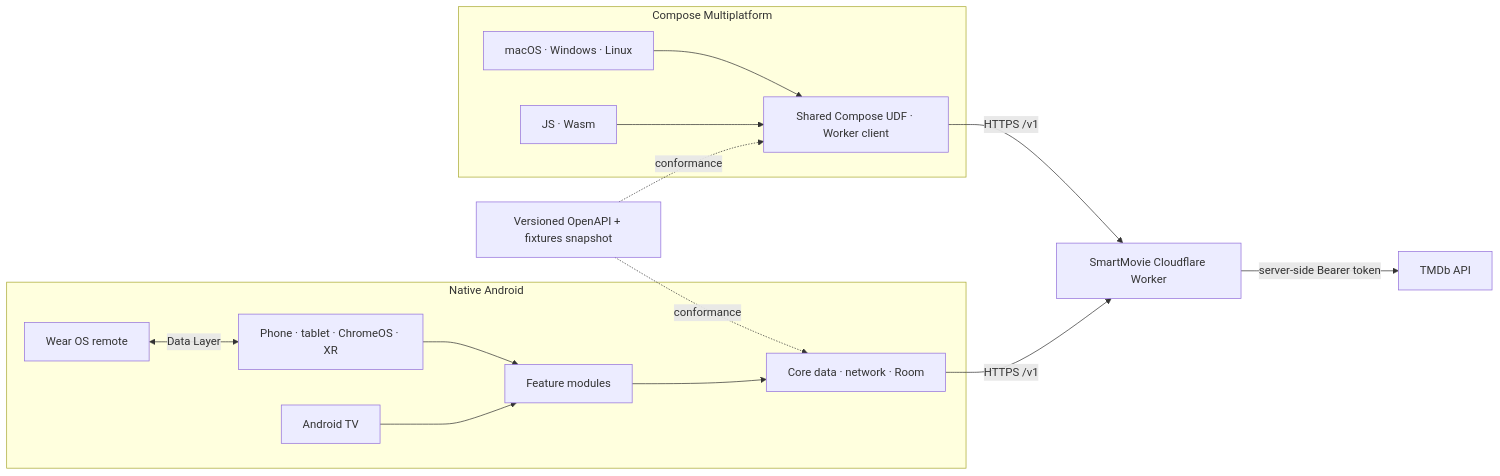
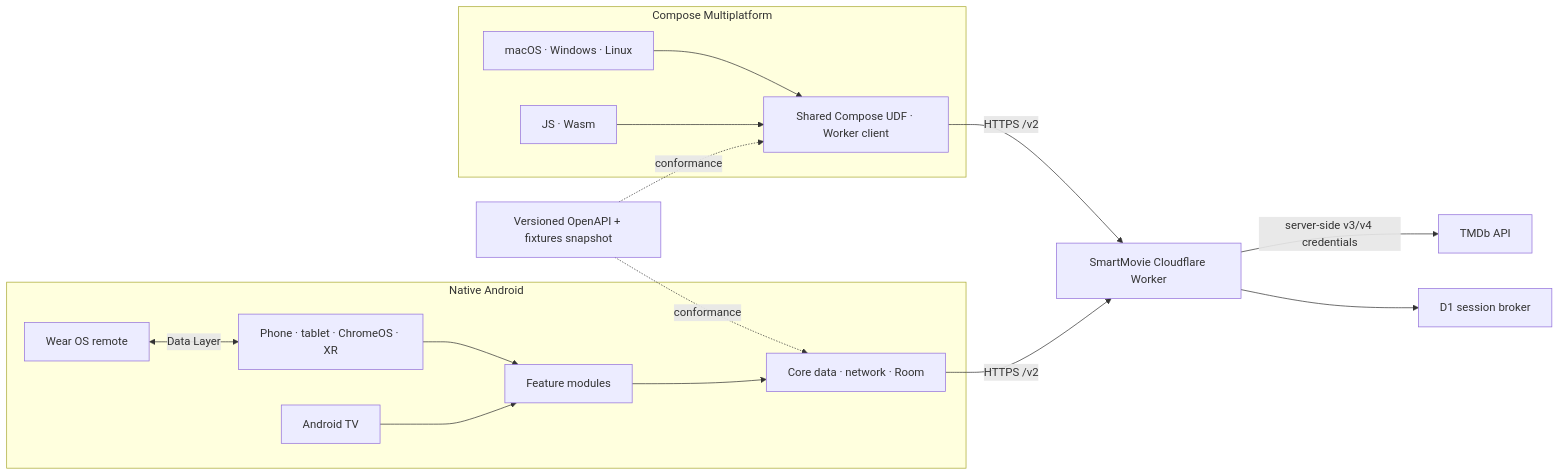
Before and after one commit to LamPPKK/Smart-Movie-Android: the diagram in README.md, drawn with Mermaid. The commit also changed other lines of this file and 5 other files, not shown here.

````diff
--- a/README.md
+++ b/README.md
@@ -100,28 +102,29 @@
 ```mermaid
 flowchart LR
     subgraph Native["Native Android"]
         Phone["Phone · tablet · ChromeOS · XR"]
         TV["Android TV"]
         Wear["Wear OS remote"]
         Features["Feature modules"]
         Core["Core data · network · Room"]
         Phone --> Features
         TV --> Features
         Features --> Core
         Wear <-->|"Data Layer"| Phone
     end
 
     subgraph KMP["Compose Multiplatform"]
         Desktop["macOS · Windows · Linux"]
         Web["JS · Wasm"]
         Shared["Shared Compose UDF · Worker client"]
         Desktop --> Shared
         Web --> Shared
     end
 
-    Core -->|"HTTPS /v1"| Worker["SmartMovie Cloudflare Worker"]
-    Shared -->|"HTTPS /v1"| Worker
-    Worker -->|"server-side Bearer token"| TMDb["TMDb API"]
+    Core -->|"HTTPS /v2"| Worker["SmartMovie Cloudflare Worker"]
+    Shared -->|"HTTPS /v2"| Worker
+    Worker -->|"server-side v3/v4 credentials"| TMDb["TMDb API"]
+    Worker --> Sessions["D1 session broker"]
     Snapshot["Versioned OpenAPI + fixtures snapshot"] -. conformance .-> Core
     Snapshot -. conformance .-> Shared
 ```
````
